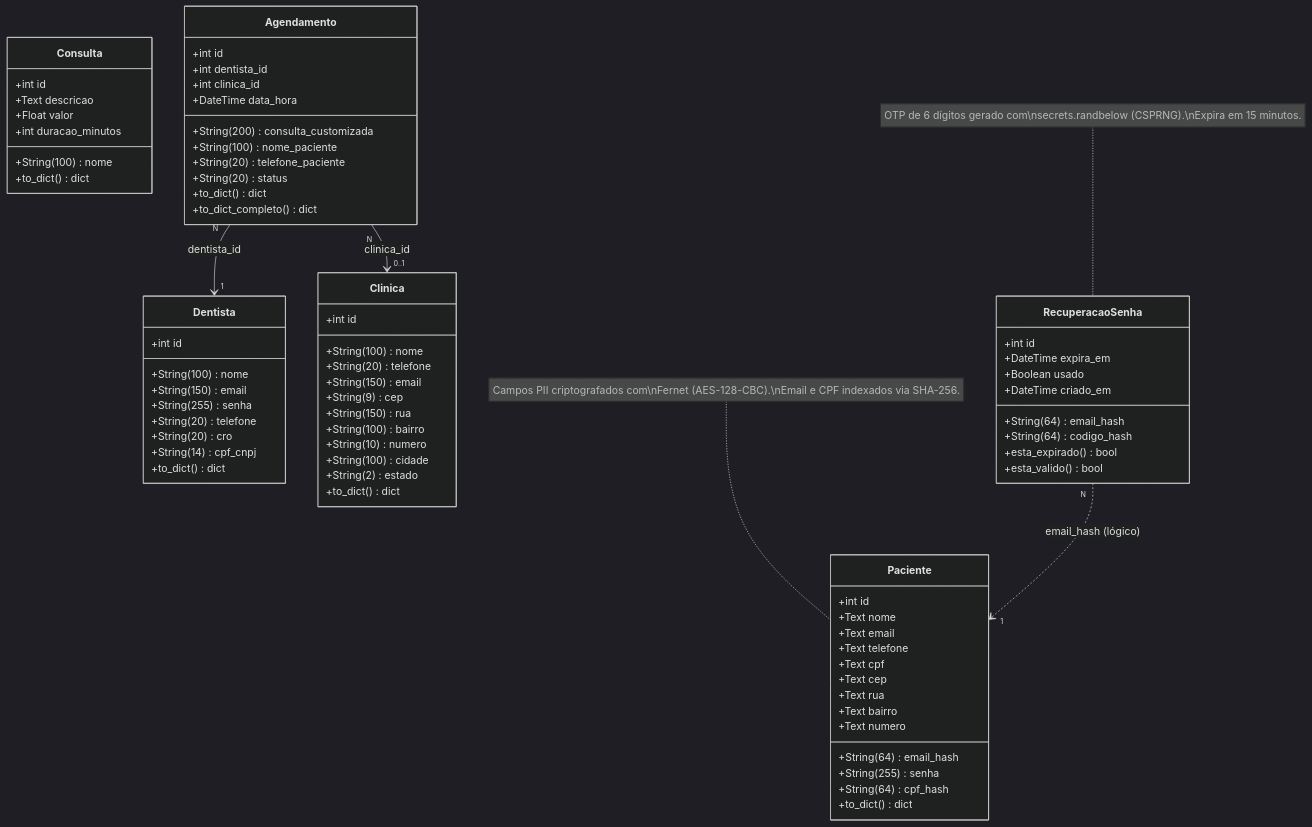
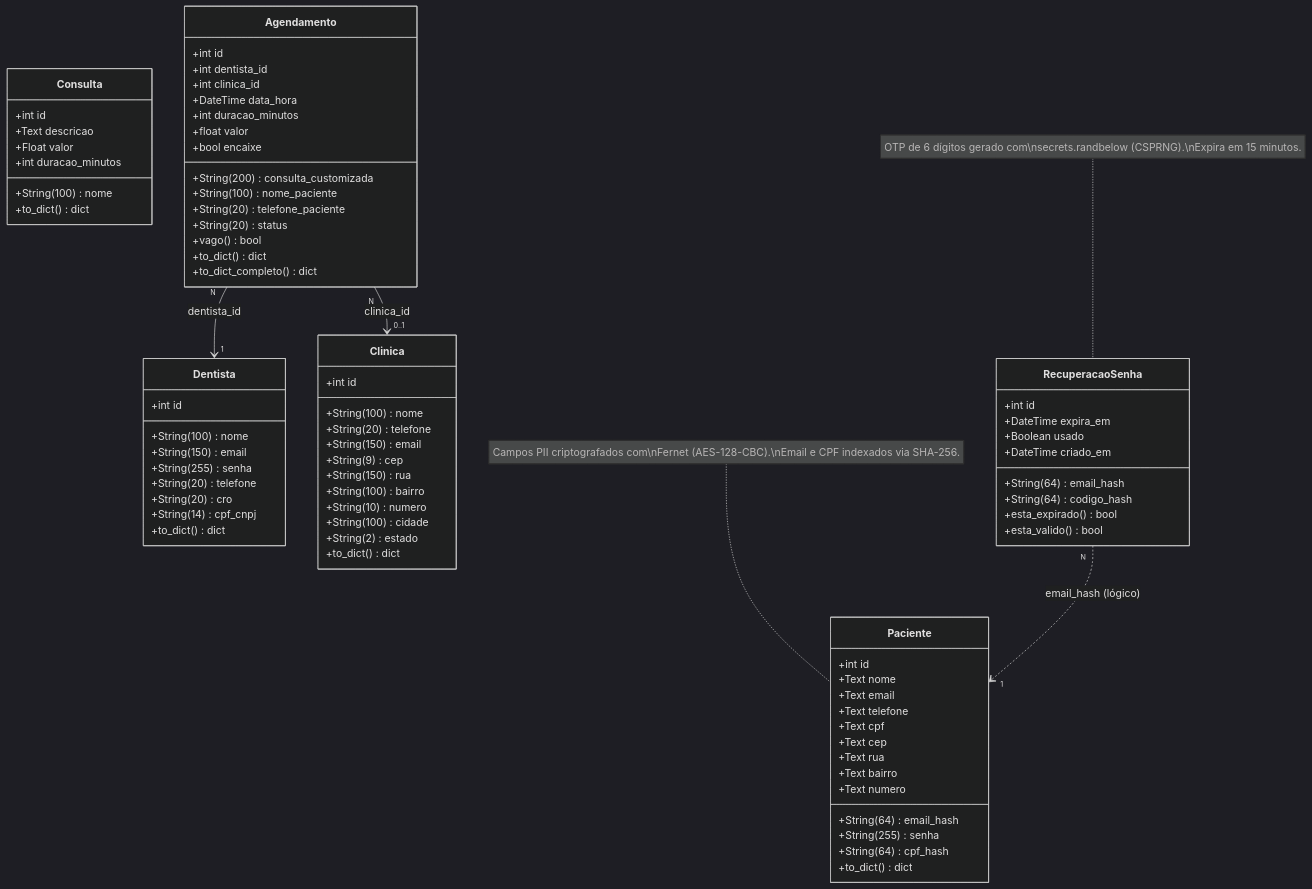
The diagram in ReOdonto/docs/diagrama_classes.md (26dudu/ReOdonto), drawn with Mermaid (dark theme) before and after one commit. The commit also changed 21 other files, not shown here.

First line of the commit message:
Fecha o ciclo cancelamento → horário vago → encaixe e cria o painel

```diff
--- a/ReOdonto/docs/diagrama_classes.md
+++ b/ReOdonto/docs/diagrama_classes.md
@@ -64,7 +64,11 @@
         +String(100) nome_paciente
         +String(20) telefone_paciente
         +DateTime data_hora
+        +int duracao_minutos
+        +float valor
+        +bool encaixe
         +String(20) status
+        +vago() bool
         +to_dict() dict
         +to_dict_completo() dict
     }
```
